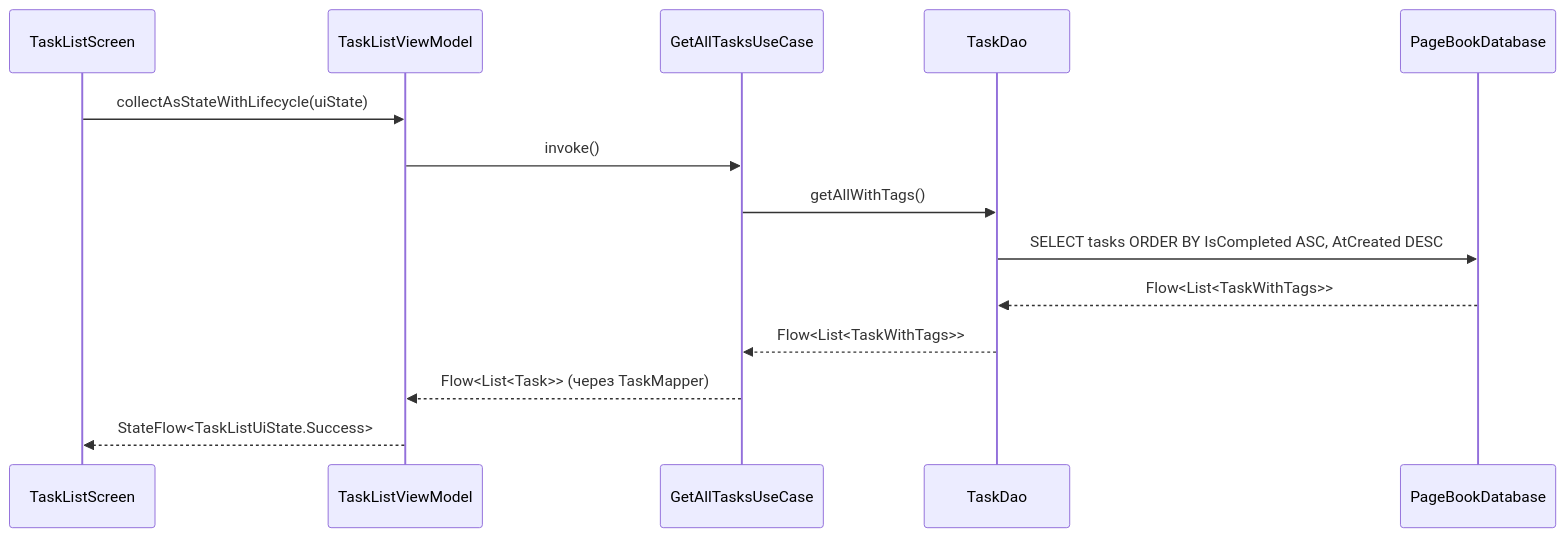
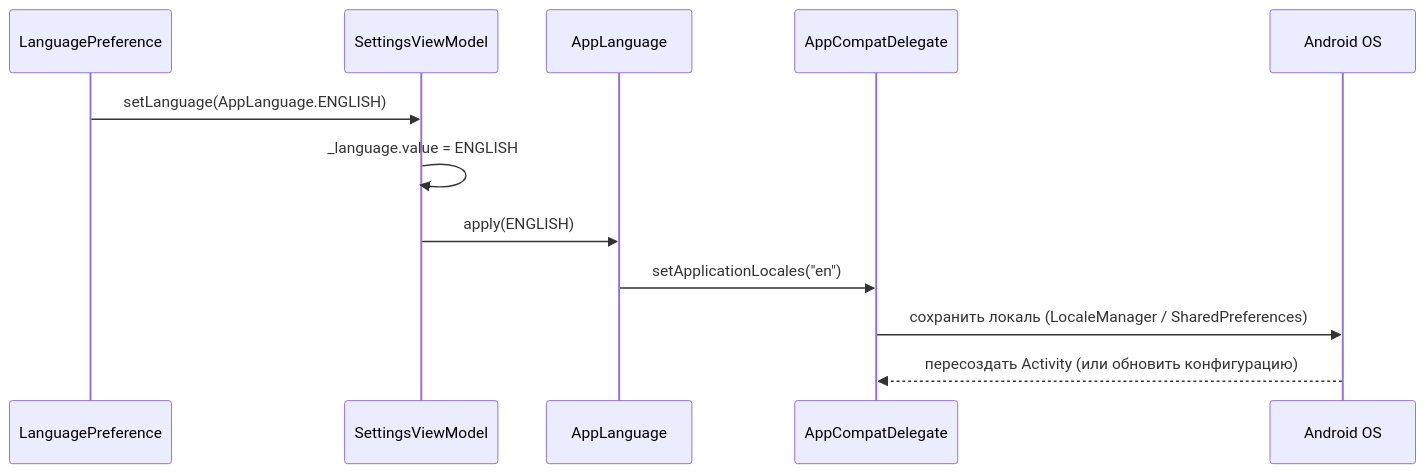
The second of 2 diagrams in docs/ARCHITECTURE.md (MaxGog/pagebook-android), drawn with Mermaid before and after one commit. The commit also changed other lines of this file and 38 other files, not shown here.

````diff
--- a/docs/ARCHITECTURE.md
+++ b/docs/ARCHITECTURE.md
@@ -347,17 +197,15 @@
 ```mermaid
 sequenceDiagram
-    participant UI as TaskListScreen
-    participant VM as TaskListViewModel
-    participant UC as GetAllTasksUseCase
-    participant DAO as TaskDao
-    participant DB as PageBookDatabase
+    participant UI as LanguagePreference
+    participant VM as SettingsViewModel
+    participant AL as AppLanguage
+    participant AD as AppCompatDelegate
+    participant OS as Android OS
 
-    UI->>VM: collectAsStateWithLifecycle(uiState)
-    VM->>UC: invoke()
-    UC->>DAO: getAllWithTags()
-    DAO->>DB: SELECT tasks ORDER BY IsCompleted ASC, AtCreated DESC
-    DB-->>DAO: Flow<List<TaskWithTags>>
-    DAO-->>UC: Flow<List<TaskWithTags>>
-    UC-->>VM: Flow<List<Task>> (через TaskMapper)
-    VM-->>UI: StateFlow<TaskListUiState.Success>
+    UI->>VM: setLanguage(AppLanguage.ENGLISH)
+    VM->>VM: _language.value = ENGLISH
+    VM->>AL: apply(ENGLISH)
+    AL->>AD: setApplicationLocales("en")
+    AD->>OS: сохранить локаль (LocaleManager / SharedPreferences)
+    OS-->>AD: пересоздать Activity (или обновить конфигурацию)
 ```
````
